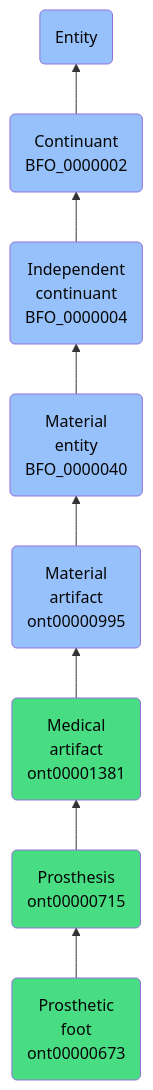
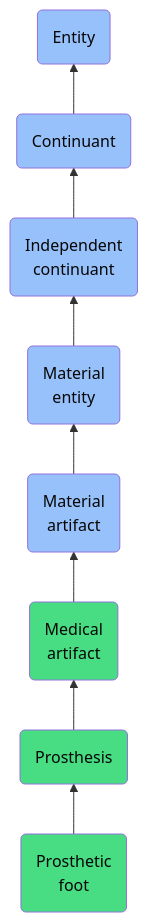
The diagram in docs/ontology/reference/model/Entity/Continuant/Independent continuant/Material entity/Material artifact/Medical artifact/Prosthesis/Prosthetic foot/Prosthetic foot.md (jupyter-naas/abi), drawn with Mermaid before and after one commit. The commit also changed other lines of this file and 1430 other files, not shown here.

````diff
--- a/docs/ontology/reference/model/Entity/Continuant/Independent continuant/Material entity/Material artifact/Medical artifact/Prosthesis/Prosthetic foot/Prosthetic foot.md
+++ b/docs/ontology/reference/model/Entity/Continuant/Independent continuant/Material entity/Material artifact/Medical artifact/Prosthesis/Prosthetic foot/Prosthetic foot.md
@@ -24,15 +24,15 @@
 ```mermaid
 graph BT
-    ont00000673(Prosthetic<br>foot<br>ont00000673):::ABI-->ont00000715
-    ont00000715(Prosthesis<br>ont00000715):::ABI-->ont00001381
-    ont00001381(Medical<br>artifact<br>ont00001381):::ABI-->ont00000995
-    ont00000995(Material<br>artifact<br>ont00000995):::BFO-->BFO_0000040
-    BFO_0000040(Material<br>entity<br>BFO_0000040):::BFO-->BFO_0000004
-    BFO_0000004(Independent<br>continuant<br>BFO_0000004):::BFO-->BFO_0000002
-    BFO_0000002(Continuant<br>BFO_0000002):::BFO-->BFO_0000001
+    ont00000673(Prosthetic<br>foot):::ABI-->ont00000715
+    ont00000715(Prosthesis):::ABI-->ont00001381
+    ont00001381(Medical<br>artifact):::ABI-->ont00000995
+    ont00000995(Material<br>artifact):::BFO-->BFO_0000040
+    BFO_0000040(Material<br>entity):::BFO-->BFO_0000004
+    BFO_0000004(Independent<br>continuant):::BFO-->BFO_0000002
+    BFO_0000002(Continuant):::BFO-->BFO_0000001
     BFO_0000001(Entity):::BFO
     
     classDef BFO fill:#97c1fb,color:#060606
     classDef CCO fill:#e4c51e,color:#060606
     classDef ABI fill:#48DD82,color:#060606
 ```
````
